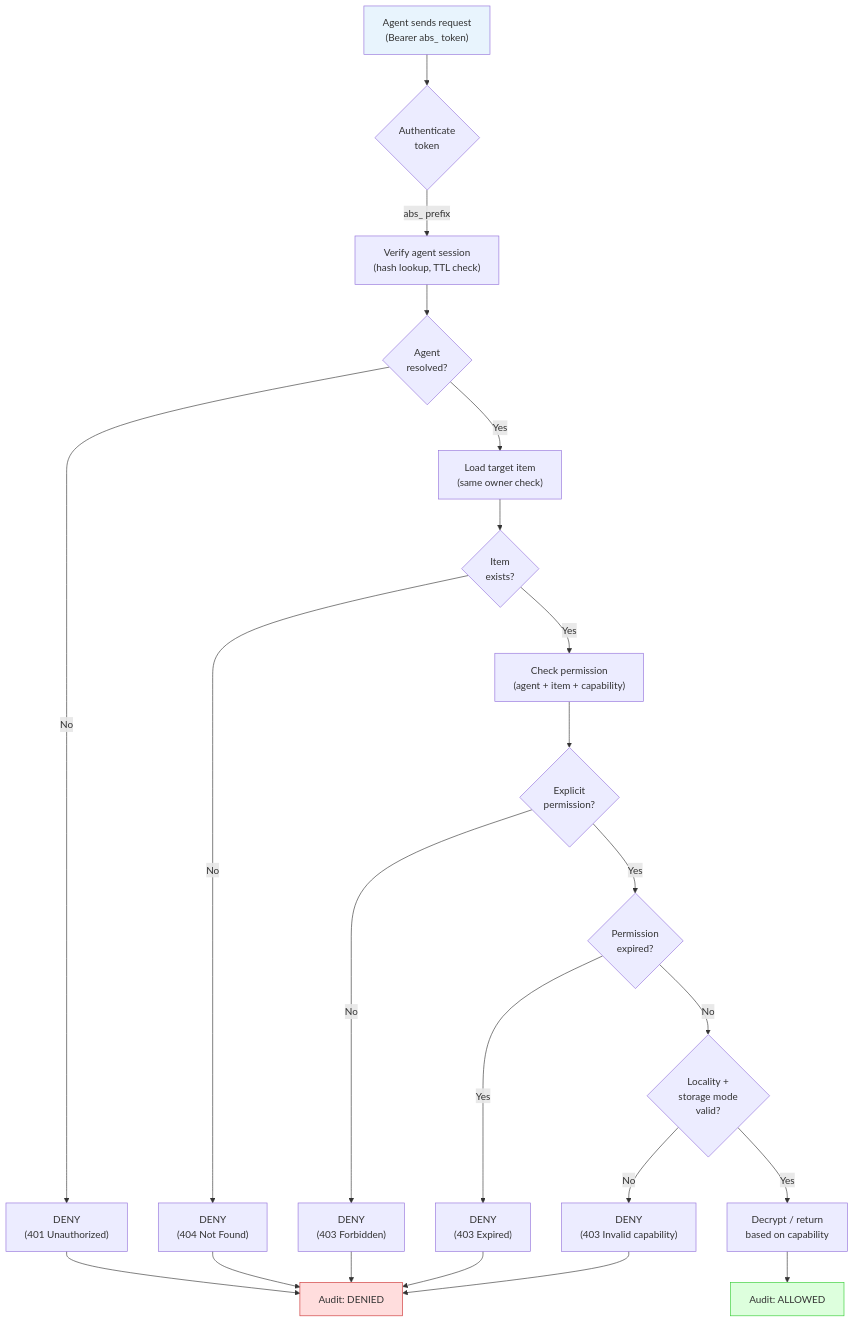
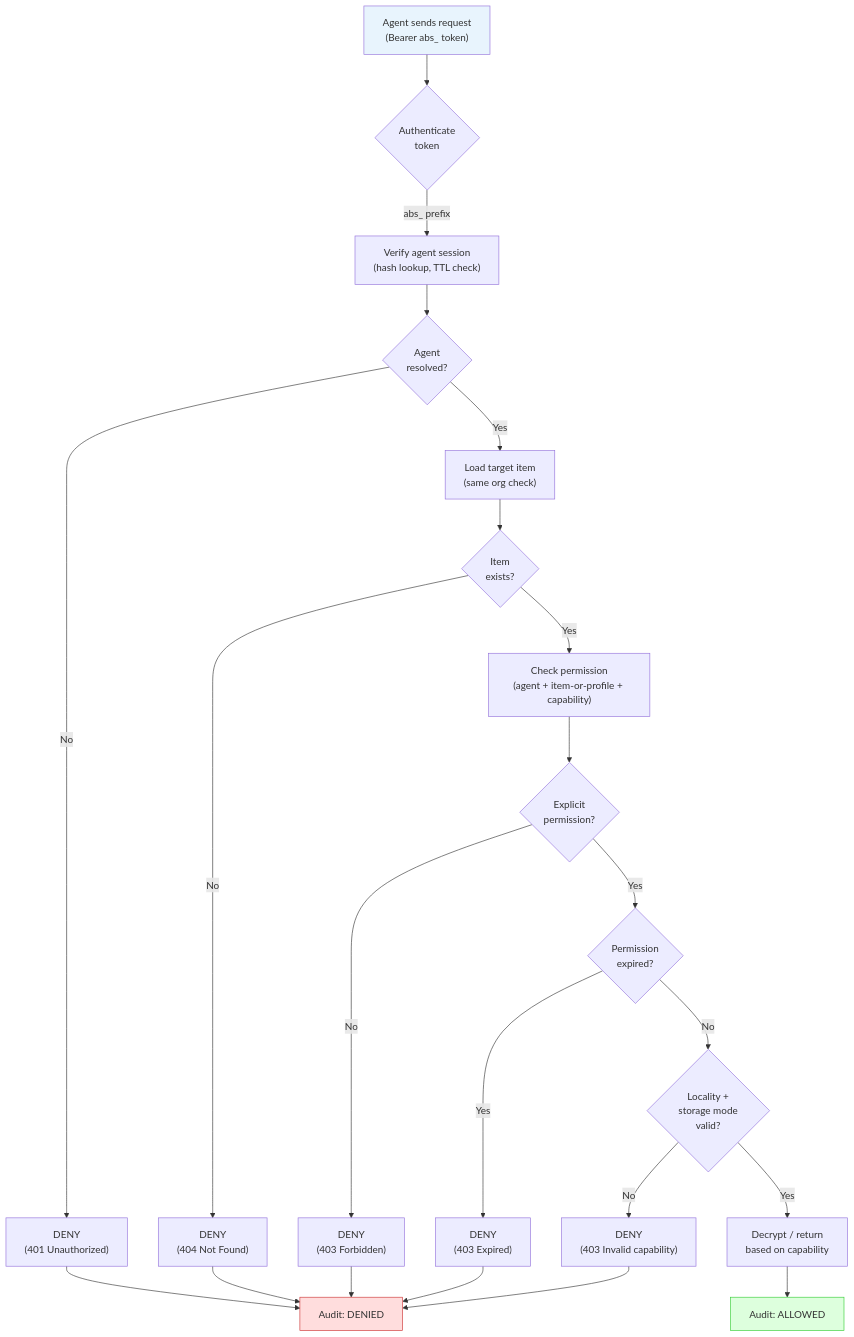
Diagram 14 of 20 in docs/flow.md (punitarani/abadge), drawn with Mermaid before and after one commit. The commit also changed other lines of this file and 217 other files, not shown here.

````diff
--- a/docs/flow.md
+++ b/docs/flow.md
@@ -318,35 +325,35 @@
 ```mermaid
 flowchart TD
   Start["Agent sends request\n(Bearer abs_ token)"] --> AuthCheck{"Authenticate\ntoken"}
   AuthCheck -->|"abs_ prefix"| SessionAuth["Verify agent session\n(hash lookup, TTL check)"]
 
   SessionAuth --> Resolved{"Agent\nresolved?"}
 
   Resolved -->|No| Deny1["DENY\n(401 Unauthorized)"]
-  Resolved -->|Yes| LoadItem["Load target item\n(same owner check)"]
+  Resolved -->|Yes| LoadItem["Load target item\n(same org check)"]
 
   LoadItem --> ItemExists{"Item\nexists?"}
   ItemExists -->|No| Deny2["DENY\n(404 Not Found)"]
-  ItemExists -->|Yes| PermCheck["Check permission\n(agent + item + capability)"]
+  ItemExists -->|Yes| PermCheck["Check permission\n(agent + item-or-profile + capability)"]
 
   PermCheck --> HasPerm{"Explicit\npermission?"}
   HasPerm -->|No| Deny3["DENY\n(403 Forbidden)"]
   HasPerm -->|Yes| Expired{"Permission\nexpired?"}
 
   Expired -->|Yes| Deny4["DENY\n(403 Expired)"]
   Expired -->|No| LocalityCheck{"Locality +\nstorage mode\nvalid?"}
 
   LocalityCheck -->|No| Deny5["DENY\n(403 Invalid capability)"]
   LocalityCheck -->|Yes| Decrypt["Decrypt / return\nbased on capability"]
 
   Decrypt --> AuditAllow["Audit: ALLOWED"]
   Deny1 --> AuditDeny["Audit: DENIED"]
   Deny2 --> AuditDeny
   Deny3 --> AuditDeny
   Deny4 --> AuditDeny
   Deny5 --> AuditDeny
 
   style Start fill:#e8f4fd
   style AuditAllow fill:#dfd,stroke:#3c3
   style AuditDeny fill:#fdd,stroke:#c33
 ```
````
